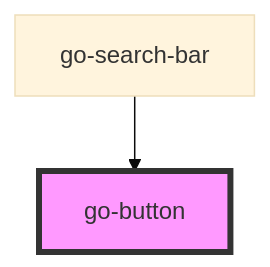
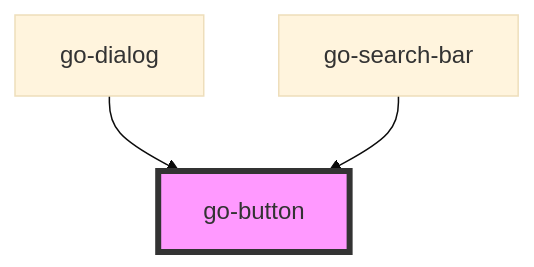
The diagram in src/components/go-button/readme.md (getgoui/go-ui), drawn with Mermaid (base theme) before and after one commit. The commit also changed other lines of this file and 9 other files, not shown here.

````diff
--- a/src/components/go-button/readme.md
+++ b/src/components/go-button/readme.md
@@ -36,5 +39,6 @@
 ```mermaid
 graph TD;
+  go-dialog --> go-button
   go-search-bar --> go-button
   style go-button fill:#f9f,stroke:#333,stroke-width:4px
 ```
````
